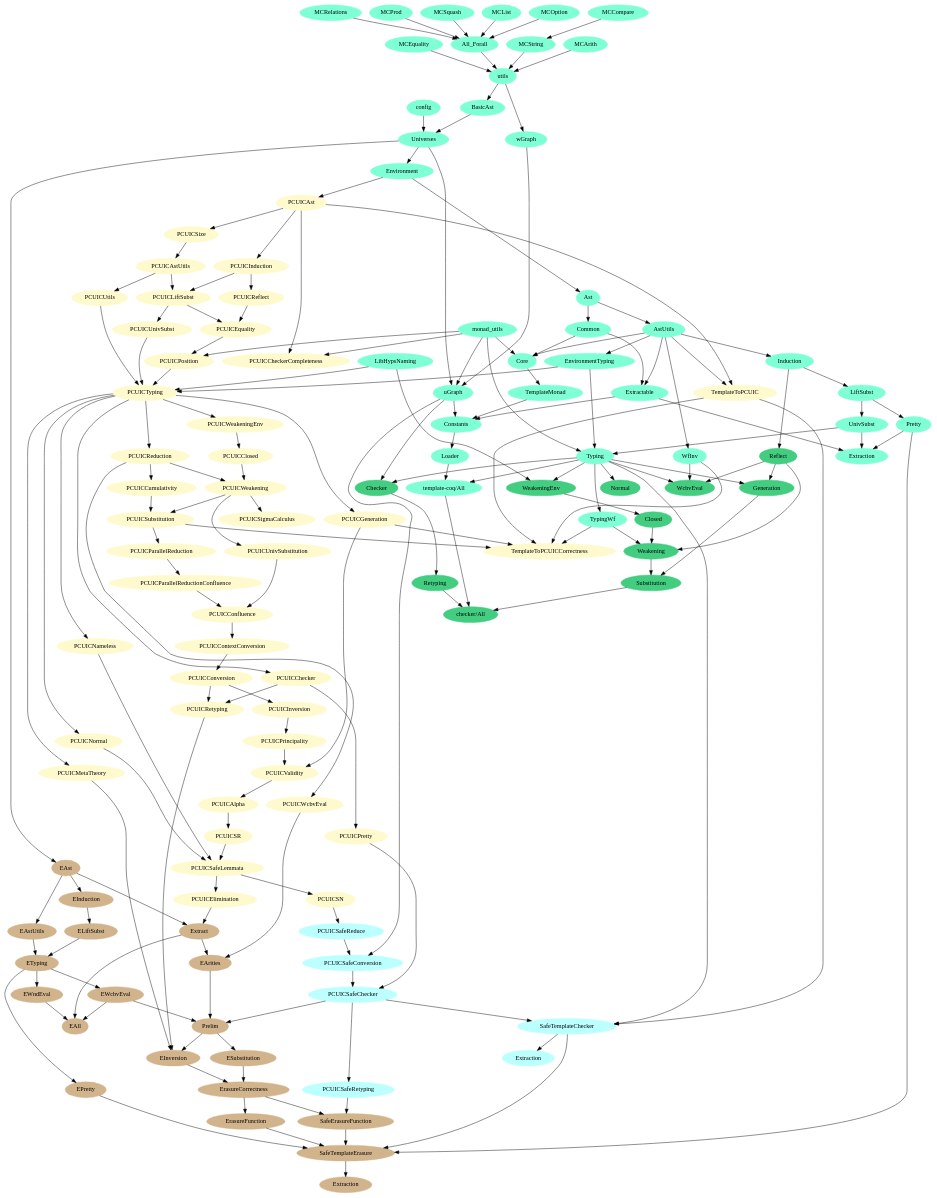
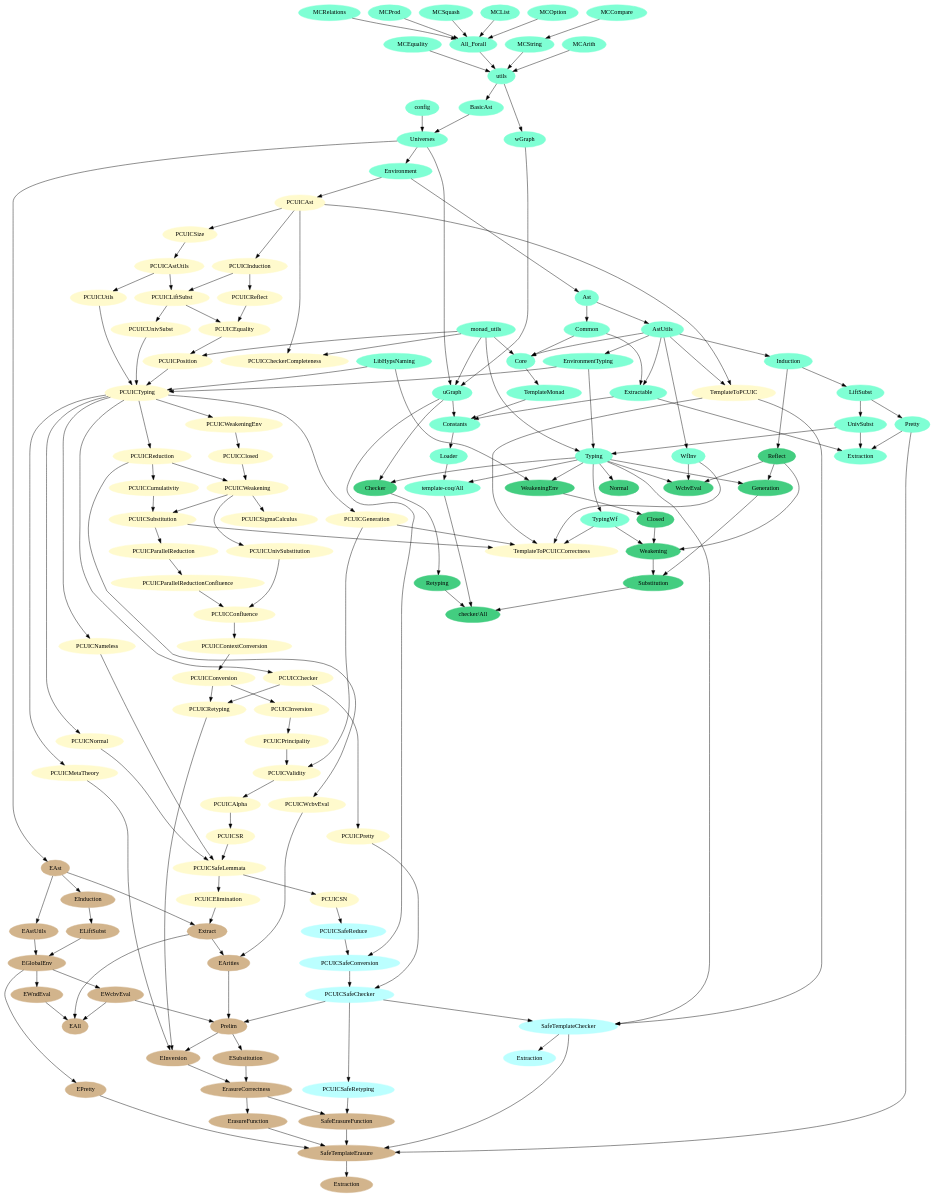
Before and after one commit to MetaCoq/metacoq: the diagram in dependency-graph/depgraph-2020-03-20.dot, drawn with Graphviz. The commit also changed 36 other files, not shown here.

Commit message:
Rename ETyping into EGlobalEnv, add EEnvMap module and restore EEtaExpanded, moving the one with fixpoints to EEtaExpandedFix

```diff
--- a/dependency-graph/depgraph-2020-03-20.dot
+++ b/dependency-graph/depgraph-2020-03-20.dot
@@ -20,7 +20,7 @@
 "template-coq/TemplateMonad"[label="TemplateMonad", color=aquamarine]
 "erasure/EAst" -> "erasure/Extract"
 "template-coq/TemplateMonad/Common"[label="Common", color=aquamarine]
-"erasure/ELiftSubst" -> "erasure/ETyping"
+"erasure/ELiftSubst" -> "erasure/EGlobalEnv"
 "template-coq/UnivSubst" -> "template-coq/Extraction"
 "template-coq/utils/MCRelations"[label="MCRelations", color=aquamarine]
 "pcuic/PCUICInversion"[label="PCUICInversion", color=lemonchiffon1]
@@ -60,7 +60,7 @@
 "pcuic/PCUICAlpha"[label="PCUICAlpha", color=lemonchiffon1]
 "template-coq/utils/MCCompare"[label="MCCompare", color=aquamarine]
 "safechecker/PCUICSafeChecker" -> "safechecker/PCUICSafeRetyping"
-"erasure/ETyping" -> "erasure/EPretty"
+"erasure/EGlobalEnv" -> "erasure/EPretty"
 "template-coq/TemplateMonad/Extractable" -> "template-coq/Constants"
 "pcuic/PCUICTyping" -> "pcuic/PCUICNormal"
 "erasure/EArities" -> "erasure/Prelim"
@@ -183,7 +183,7 @@
 "template-coq/utils/MCArith"[label="MCArith", color=aquamarine]
 "pcuic/PCUICSN"[label="PCUICSN", color=lemonchiffon1]
 "template-coq/common/uGraph"[label="uGraph", color=aquamarine]
-"erasure/ETyping" -> "erasure/EWndEval"
+"erasure/EGlobalEnv" -> "erasure/EWndEval"
 "pcuic/PCUICSafeLemmata" -> "pcuic/PCUICSN"
 "template-coq/utils/wGraph"[label="wGraph", color=aquamarine]
 "template-coq/LiftSubst"[label="LiftSubst", color=aquamarine]
@@ -204,7 +204,7 @@
 "pcuic/PCUICInversion" -> "pcuic/PCUICPrincipality"
 "pcuic/PCUICReduction"[label="PCUICReduction", color=lemonchiffon1]
 "pcuic/PCUICReduction" -> "pcuic/PCUICCumulativity"
-"erasure/EAstUtils" -> "erasure/ETyping"
+"erasure/EAstUtils" -> "erasure/EGlobalEnv"
 "template-coq/TemplateMonad/Core" -> "template-coq/TemplateMonad"
 "pcuic/PCUICContextConversion" -> "pcuic/PCUICConversion"
 "erasure/EWcbvEval"[label="EWcbvEval", color=tan]
@@ -263,10 +263,10 @@
 "template-coq/TypingWf" -> "checker/Weakening"
 "erasure/EPretty" -> "erasure/SafeTemplateErasure"
 "template-coq/AstUtils" -> "pcuic/TemplateToPCUIC"
-"erasure/ETyping" -> "erasure/EWcbvEval"
+"erasure/EGlobalEnv" -> "erasure/EWcbvEval"
 "pcuic/PCUICConversion" -> "pcuic/PCUICRetyping"
 "erasure/ErasureCorrectness" -> "erasure/ErasureFunction"
-"erasure/ETyping"[label="ETyping", color=tan]
+"erasure/EGlobalEnv"[label="EGlobalEnv", color=tan]
 "erasure/ErasureCorrectness"[label="ErasureCorrectness", color=tan]
 "template-coq/utils" -> "template-coq/utils/wGraph"
 "pcuic/PCUICConfluence" -> "pcuic/PCUICContextConversion"
```
